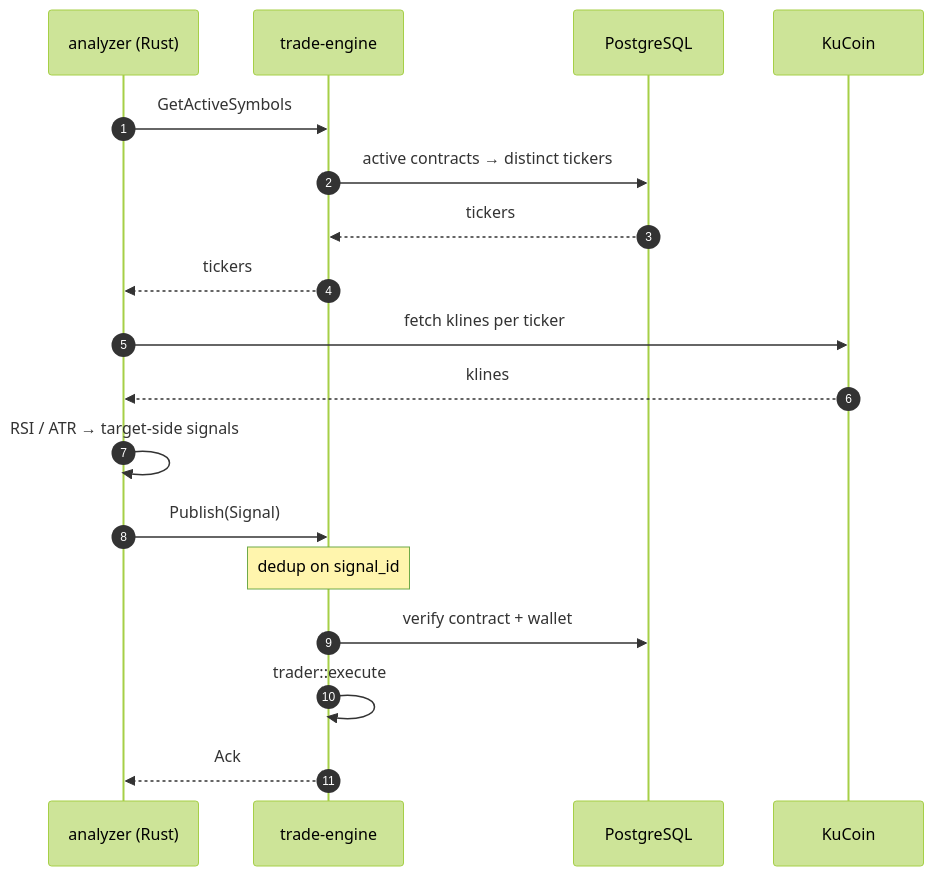
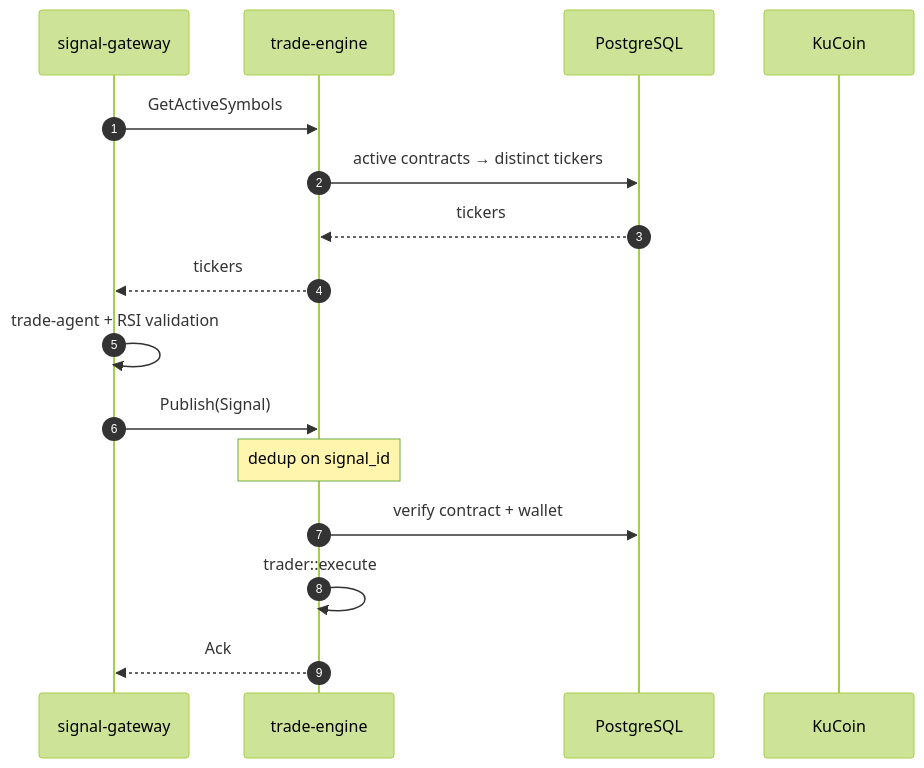
One commit to N-Choo/CoinBot.v3 changed the third of 7 diagrams in process/trade-engine/README.md. Above: the diagram before and after it, drawn with Mermaid (forest theme). The commit also changed other lines of this file and 8 other files, not shown here.

Commit message:
docs: replace analyzer references with signal-gateway

````diff
--- a/process/trade-engine/README.md
+++ b/process/trade-engine/README.md
@@ -117,20 +117,18 @@
 ```mermaid
 sequenceDiagram
     autonumber
-    participant A as analyzer (Rust)
+    participant SG as signal-gateway
     participant TE as trade-engine
     participant DB as PostgreSQL
     participant K as KuCoin
-    A->>TE: GetActiveSymbols
+    SG->>TE: GetActiveSymbols
     TE->>DB: active contracts → distinct tickers
     DB-->>TE: tickers
-    TE-->>A: tickers
-    A->>K: fetch klines per ticker
-    K-->>A: klines
-    A->>A: RSI / ATR → target-side signals
-    A->>TE: Publish(Signal)
+    TE-->>SG: tickers
+    SG->>SG: trade-agent + RSI validation
+    SG->>TE: Publish(Signal)
     Note over TE: dedup on signal_id
     TE->>DB: verify contract + wallet
     TE->>TE: trader::execute
-    TE-->>A: Ack
+    TE-->>SG: Ack
 ```
````
